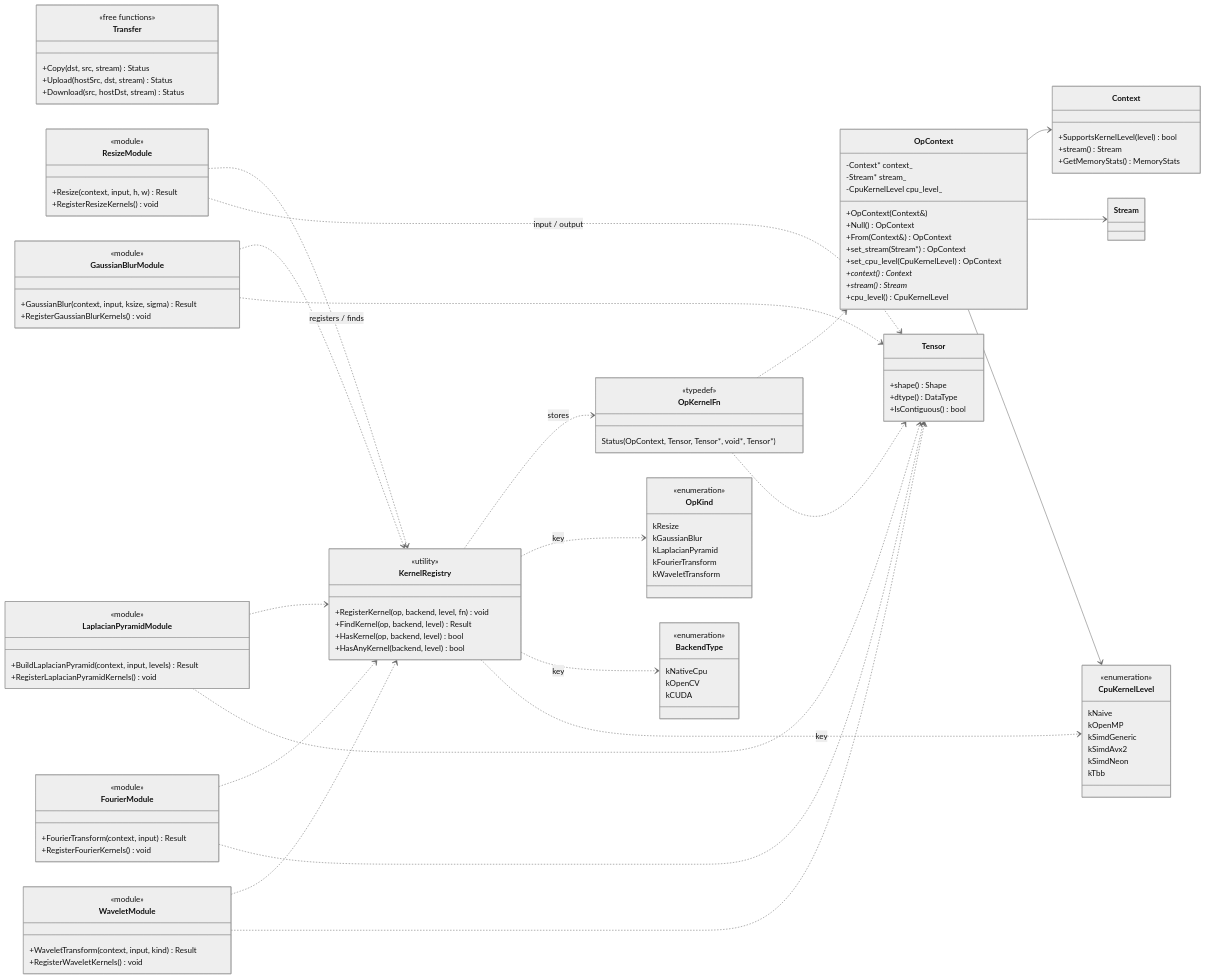
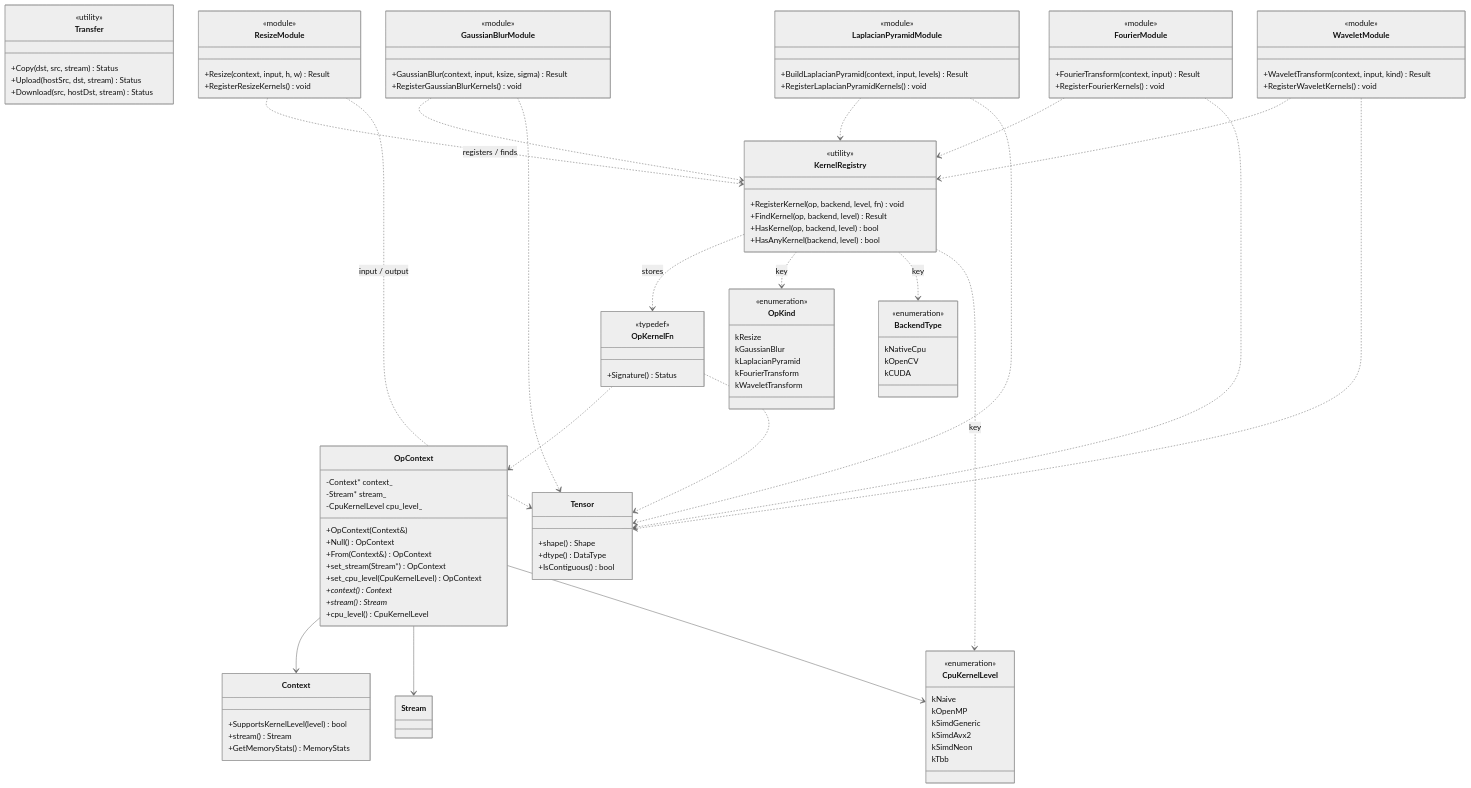
One commit to CourtJadeLiquor/hpcplatform changed the third of 3 diagrams in docs/architecture.md. Above: the diagram before and after it, drawn with Mermaid (neutral theme). The commit also changed other lines of this file and 35 other files, not shown here.

````diff
--- a/docs/architecture.md
+++ b/docs/architecture.md
@@ -651,7 +684,5 @@
 ```mermaid
 classDiagram
-  direction LR
-
   class OpContext {
     -Context* context_
     -Stream* stream_
@@ -679,7 +710,7 @@
   }
 
   class Transfer {
-    <<free functions>>
+    <<utility>>
     +Copy(dst, src, stream) Status
     +Upload(hostSrc, dst, stream) Status
     +Download(src, hostDst, stream) Status
@@ -713,7 +744,7 @@
 
   class OpKernelFn {
     <<typedef>>
-    Status(OpContext, Tensor, Tensor*, void*, Tensor*)
+    +Signature() Status
   }
 
   class KernelRegistry {
````
